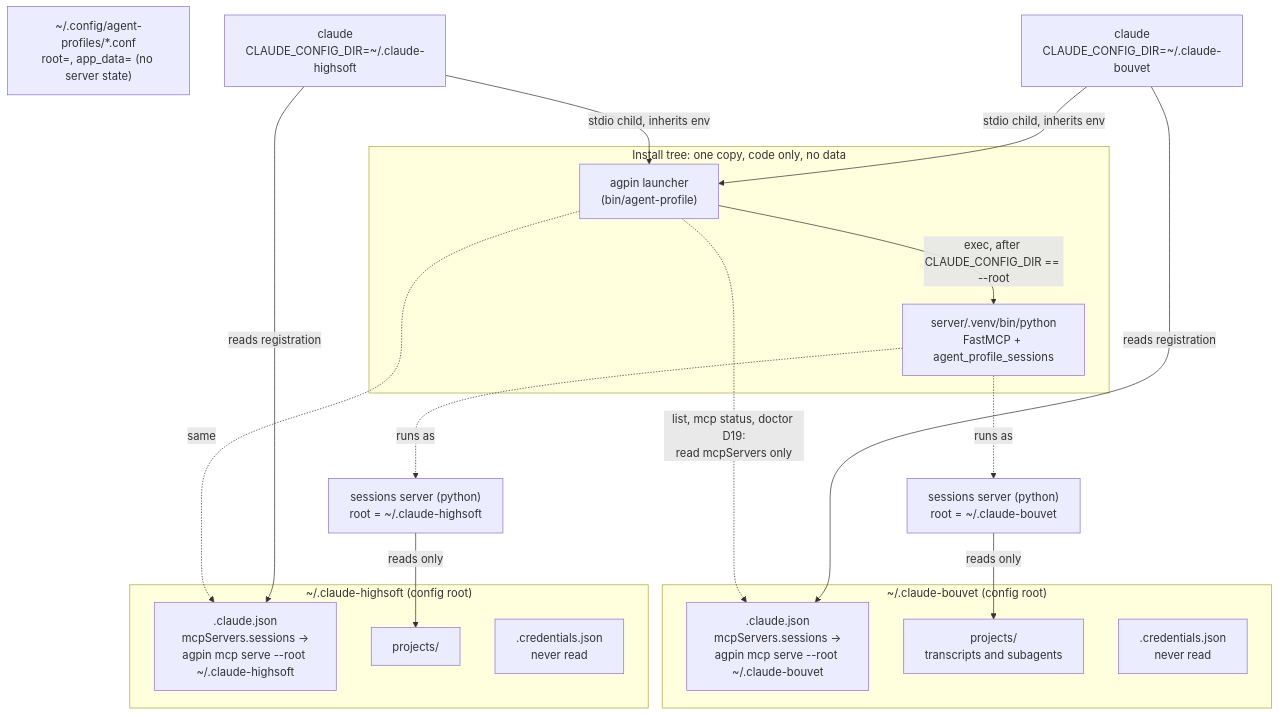
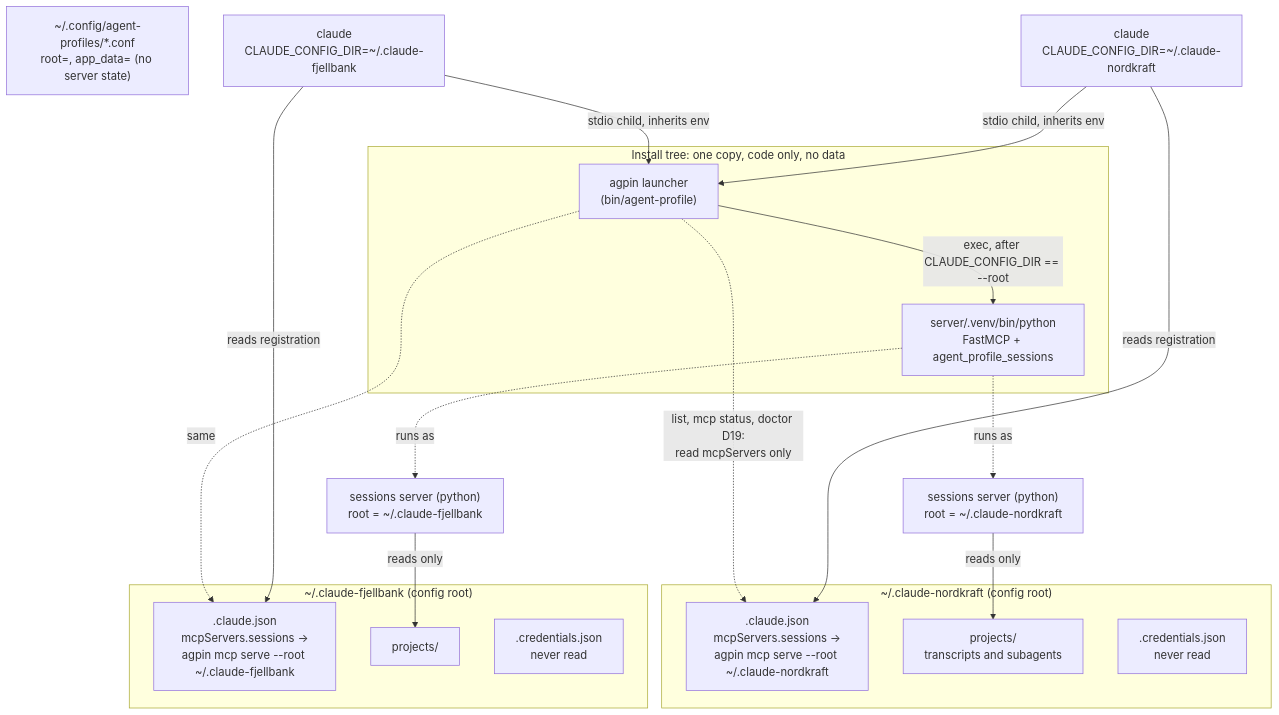
One commit to mmsge/agent-profile-manager changed the first of 5 diagrams in docs/proposals/2026-09-15-sessions-mcp.md. Above: the diagram before and after it, drawn with Mermaid. The commit also changed other lines of this file, not shown here.

First line of the commit message:
Use invented customers as the example profiles in the sessions server note

````diff
--- a/docs/proposals/2026-09-15-sessions-mcp.md
+++ b/docs/proposals/2026-09-15-sessions-mcp.md
@@ -147,36 +148,36 @@
 ```mermaid
 flowchart TB
     subgraph tree["Install tree: one copy, code only, no data"]
         agpin["agpin launcher<br/>(bin/agent-profile)"]
         venv["server/.venv/bin/python<br/>FastMCP + agent_profile_sessions"]
     end
     registry["~/.config/agent-profiles/*.conf<br/>root=, app_data= (no server state)"]
 
-    subgraph bouvet["~/.claude-bouvet (config root)"]
-        bstate[".claude.json<br/>mcpServers.sessions →<br/>agpin mcp serve --root ~/.claude-bouvet"]
+    subgraph nordkraft["~/.claude-nordkraft (config root)"]
+        bstate[".claude.json<br/>mcpServers.sessions →<br/>agpin mcp serve --root ~/.claude-nordkraft"]
         bproj["projects/<br/>transcripts and subagents"]
         bcred[".credentials.json<br/>never read"]
     end
-    subgraph highsoft["~/.claude-highsoft (config root)"]
-        hstate[".claude.json<br/>mcpServers.sessions →<br/>agpin mcp serve --root ~/.claude-highsoft"]
+    subgraph fjellbank["~/.claude-fjellbank (config root)"]
+        hstate[".claude.json<br/>mcpServers.sessions →<br/>agpin mcp serve --root ~/.claude-fjellbank"]
         hproj["projects/"]
         hcred[".credentials.json<br/>never read"]
     end
 
-    bclaude["claude<br/>CLAUDE_CONFIG_DIR=~/.claude-bouvet"]
-    hclaude["claude<br/>CLAUDE_CONFIG_DIR=~/.claude-highsoft"]
-    bserver["sessions server (python)<br/>root = ~/.claude-bouvet"]
-    hserver["sessions server (python)<br/>root = ~/.claude-highsoft"]
+    bclaude["claude<br/>CLAUDE_CONFIG_DIR=~/.claude-nordkraft"]
+    hclaude["claude<br/>CLAUDE_CONFIG_DIR=~/.claude-fjellbank"]
+    bserver["sessions server (python)<br/>root = ~/.claude-nordkraft"]
+    hserver["sessions server (python)<br/>root = ~/.claude-fjellbank"]
 
     bclaude -- "reads registration" --> bstate
     hclaude -- "reads registration" --> hstate
     bclaude -- "stdio child, inherits env" --> agpin
     hclaude -- "stdio child, inherits env" --> agpin
     agpin -- "exec, after CLAUDE_CONFIG_DIR == --root" --> venv
     venv -. "runs as" .-> bserver
     venv -. "runs as" .-> hserver
     bserver -- "reads only" --> bproj
     hserver -- "reads only" --> hproj
     agpin -. "list, mcp status, doctor D19:<br/>read mcpServers only" .-> bstate
     agpin -. "same" .-> hstate
 ```
````
